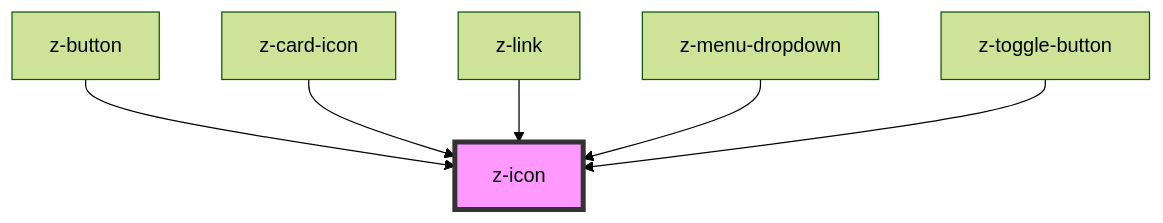
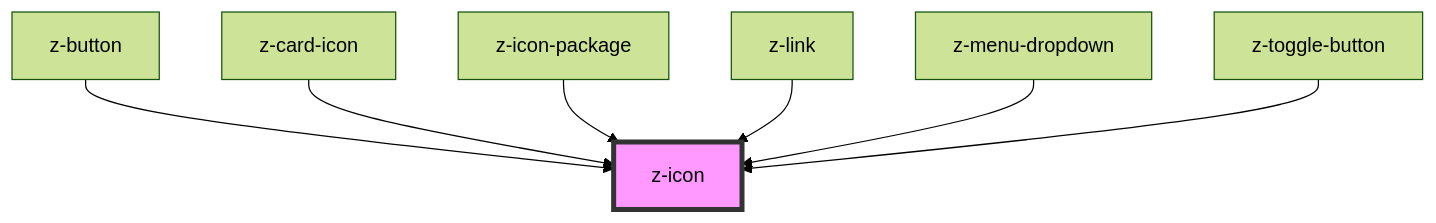
Before and after one commit to ZanichelliEditore/design-system: the diagram in web-components-library/src/components/z-icon/readme.md, drawn with Mermaid (forest theme). The commit also changed other lines of this file and 4 other files, not shown here.

Commit message:
MYZ-6903 componente accessorio z-icon-package

````diff
--- a/web-components-library/src/components/z-icon/readme.md
+++ b/web-components-library/src/components/z-icon/readme.md
@@ -29,9 +30,10 @@
 ```mermaid
 graph TD;
   z-button --> z-icon
   z-card-icon --> z-icon
+  z-icon-package --> z-icon
   z-link --> z-icon
   z-menu-dropdown --> z-icon
   z-toggle-button --> z-icon
   style z-icon fill:#f9f,stroke:#333,stroke-width:4px
 ```
````
